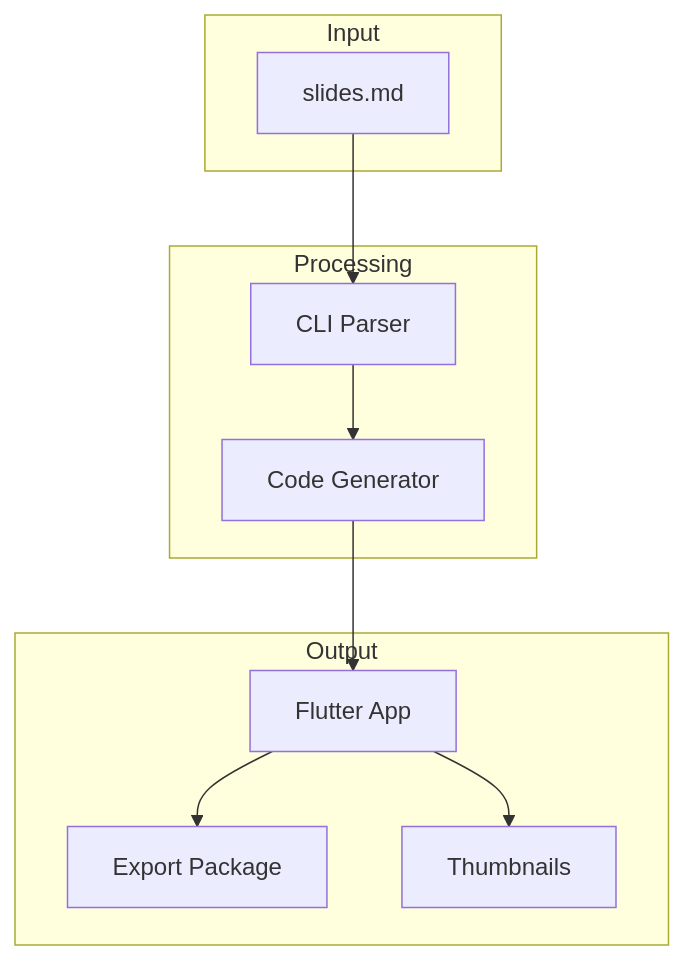
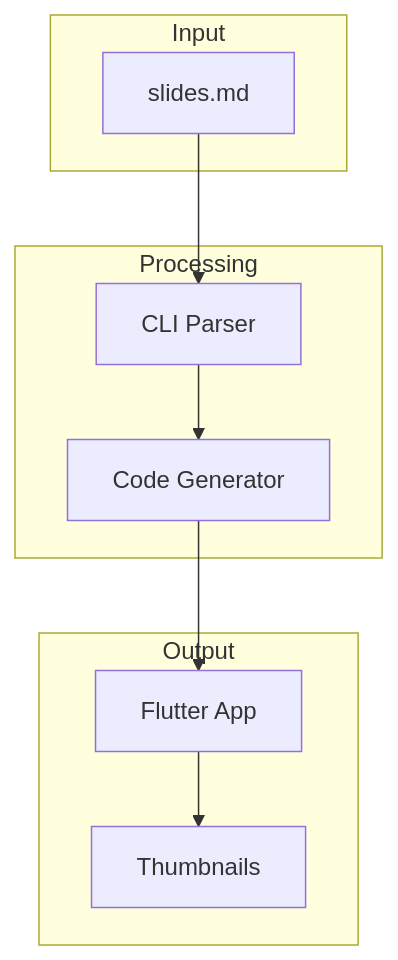
One commit to btwld/superdeck changed the third of 3 diagrams in demo/slides.md. Above: the diagram before and after it, drawn with Mermaid. The commit also changed other lines of this file and 9 other files, not shown here.

````diff
--- a/demo/slides.md
+++ b/demo/slides.md
@@ -335,23 +329,21 @@
 ```mermaid
 graph TB
     subgraph Input
         A[slides.md]
     end
 
     subgraph Processing
         C[CLI Parser]
         D[Code Generator]
     end
 
     subgraph Output
         E[Flutter App]
-        F[Export Package]
         G[Thumbnails]
     end
 
     A --> C
     C --> D
     D --> E
-    E --> F
     E --> G
 ```
````
